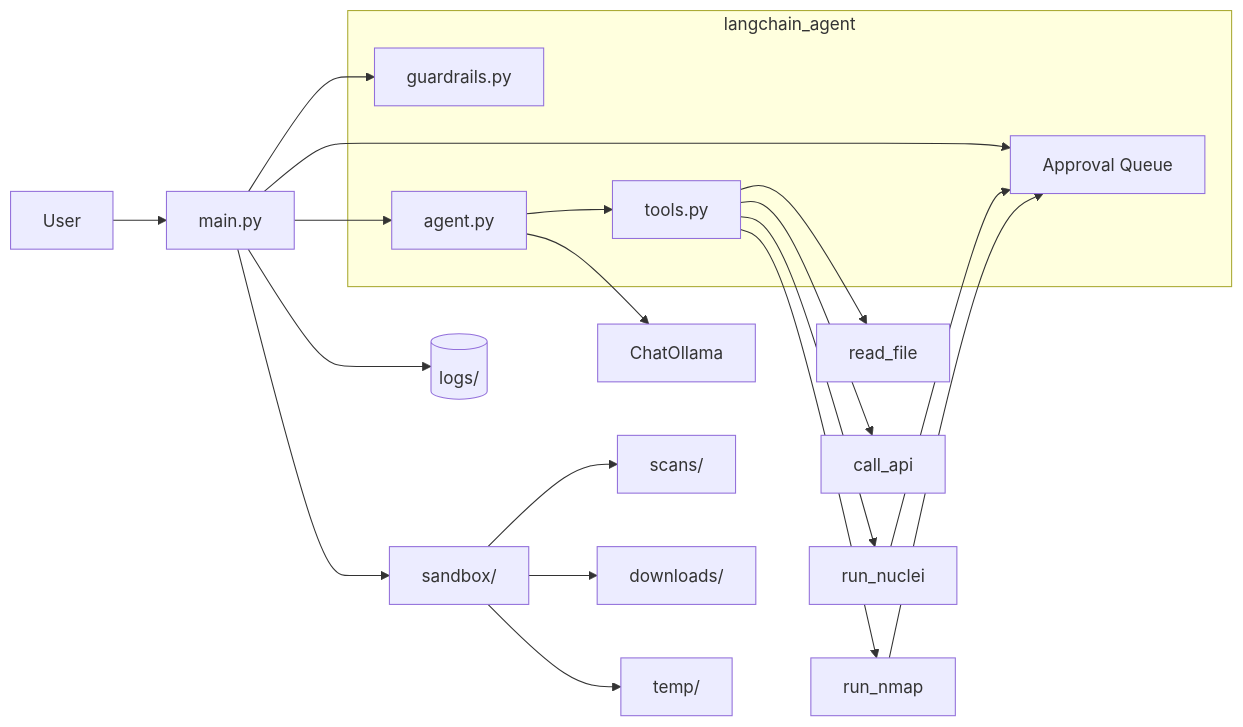
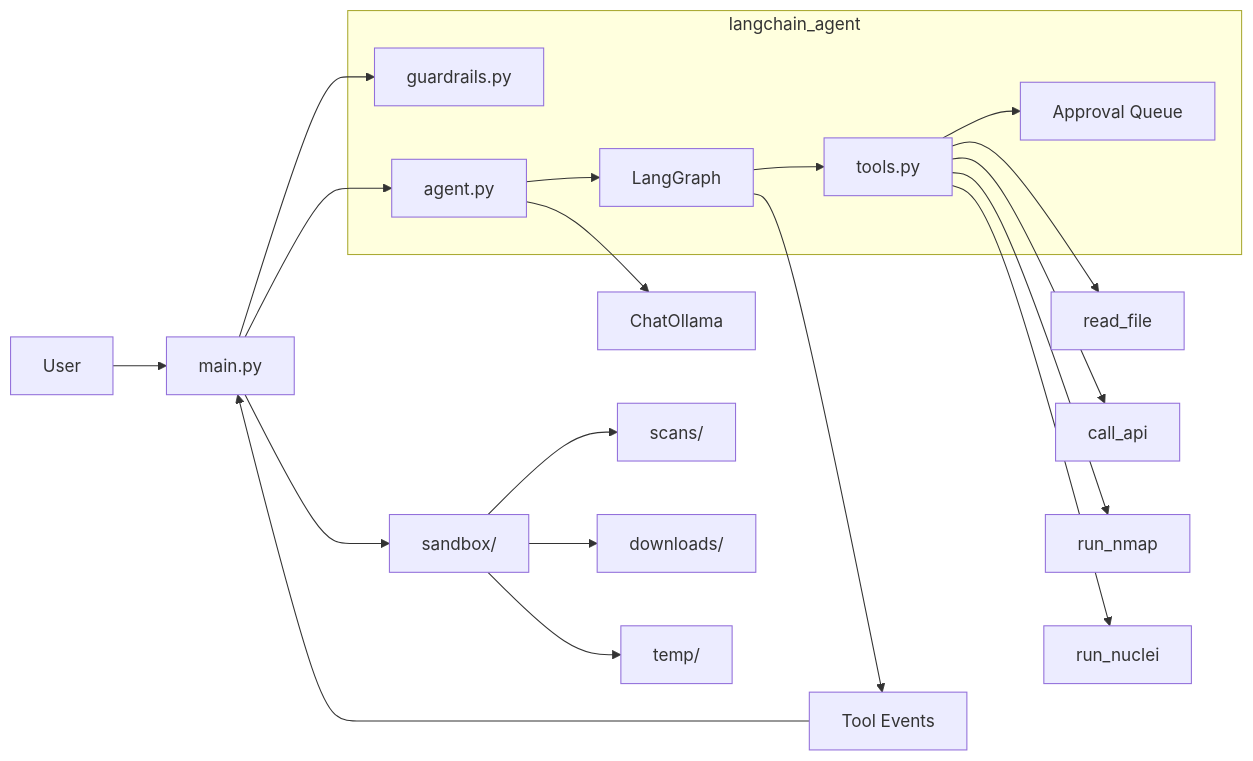
One commit to soorajrs409/e-agent changed the diagram in README.md. Above: the diagram before and after it, drawn with Mermaid. The commit also changed other lines of this file and 29 other files, not shown here.

First line of the commit message:
feat: implement multi-tool chains with LangGraph StateGraph

````diff
--- a/README.md
+++ b/README.md
@@ -11,31 +11,32 @@
 ```mermaid
 flowchart LR
     U[User] --> CLI[main.py]
     CLI --> GUARD[guardrails.py]
     CLI --> AGENT[agent.py]
     AGENT --> LLM[ChatOllama]
-    AGENT --> TOOLS[tools.py]
+    AGENT --> GRAPH[LangGraph]
+    GRAPH --> TOOLS[tools.py]
+    
+    GRAPH --> EV[Tool Events]
+    EV --> CLI
     
     TOOLS --> TF[read_file]
     TOOLS --> TA[call_api]
     TOOLS --> TN[run_nmap]
     TOOLS --> TNU[run_nuclei]
     
-    TN --> AQ[Approval Queue]
-    TNU --> AQ
+    TOOLS --> AQ[Approval Queue]
     
-    CLI --> AQ
-    CLI --> LOG[(logs/)]
     CLI --> SB[sandbox/]
-    
     SB --> SC[scans/]
     SB --> DL[downloads/]
     SB --> TM[temp/]
     
     subgraph langchain_agent[langchain_agent]
         GUARD
         AGENT
+        GRAPH
         TOOLS
         AQ
     end
 ```
````
